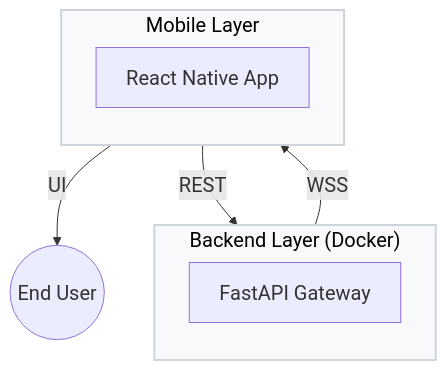
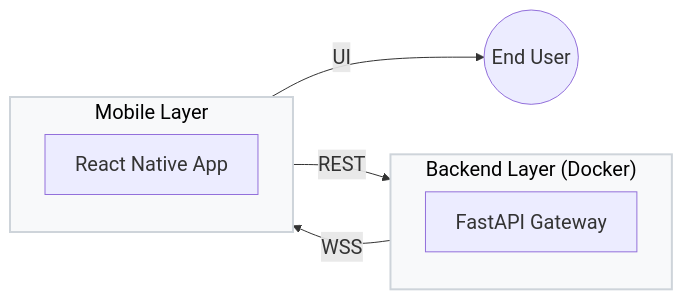
One commit to GiZano/QuakeGuard changed the third of 3 diagrams in docs/diagrams/c4-context.md. Above: the diagram before and after it, drawn with Mermaid. The commit also changed other lines of this file and 14 other files, not shown here.

Commit message:
docs(whitepaper): apply fixed-size diagrams and prevent pdf page overflow

````diff
--- a/docs/diagrams/c4-context.md
+++ b/docs/diagrams/c4-context.md
@@ -90,22 +111,22 @@
 ```mermaid
 %%{init: {"themeVariables": {"fontSize": "20px"}}}%%
-flowchart TD
+flowchart LR
     user(("End User"))
 
     subgraph backend["Backend Layer (Docker)"]
         direction TB
         api["FastAPI Gateway"]
     end
 
     subgraph mobile["Mobile Layer"]
-        direction BT
+        direction TB
         app["React Native App"]
     end
 
     api -- "WSS" --> app
     app -- "REST" --> api
     app -- "UI" --> user
 
     style backend fill:#f8f9fa,stroke:#ced4da,stroke-width:2px,color:#000
     style mobile fill:#f8f9fa,stroke:#ced4da,stroke-width:2px,color:#000
 ```
````
